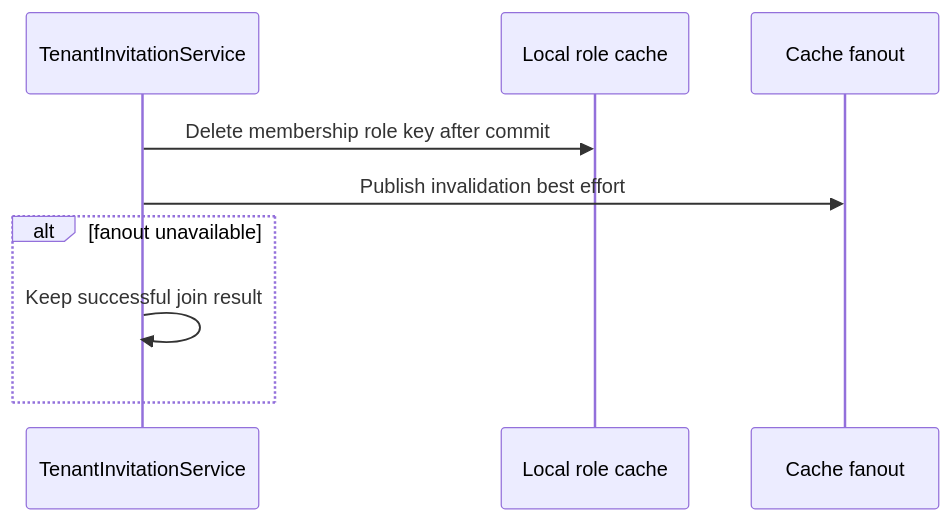
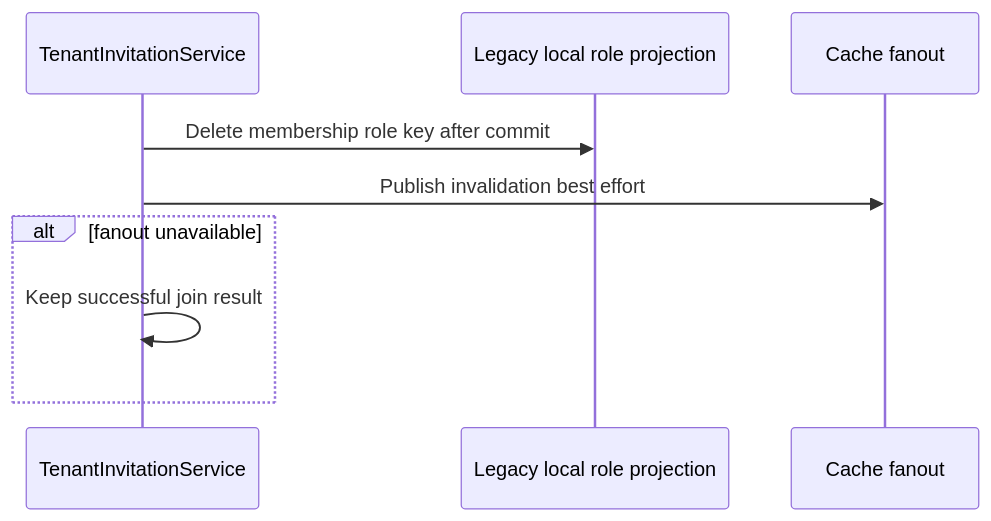
One commit to phucle996/aurora changed the third of 3 diagrams in god_view/hierarchy/tenant_invitation_join_god_view_workflow.md. Above: the diagram before and after it, drawn with Mermaid. The commit also changed other lines of this file and 132 other files, not shown here.

````diff
--- a/god_view/hierarchy/tenant_invitation_join_god_view_workflow.md
+++ b/god_view/hierarchy/tenant_invitation_join_god_view_workflow.md
@@ -96,12 +97,12 @@
 ```mermaid
 sequenceDiagram
     participant S as TenantInvitationService
-    participant L1 as Local role cache
+    participant L1 as Legacy local role projection
     participant F as Cache fanout
 
     S->>L1: Delete membership role key after commit
     S->>F: Publish invalidation best effort
     alt fanout unavailable
         S->>S: Keep successful join result
     end
 ```
````
